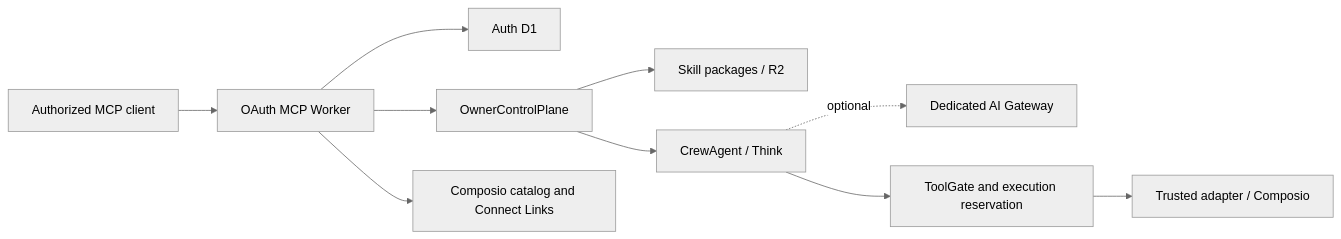
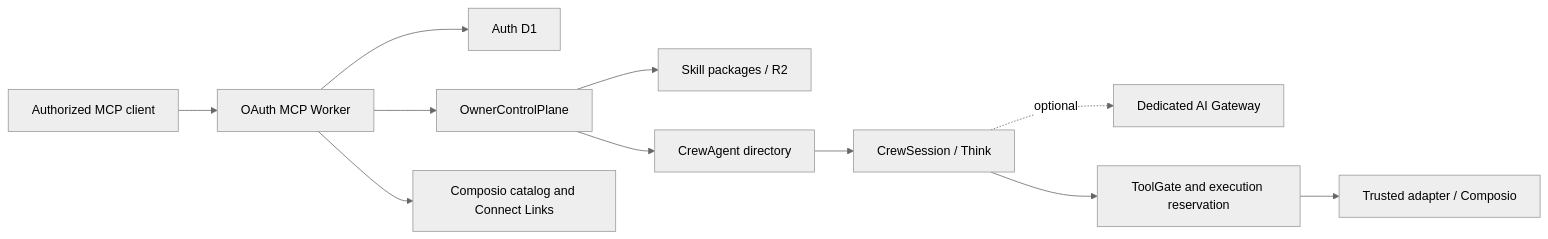
The diagram in docs/architecture/system.md (fkrein1/crewhelm), drawn with Mermaid (neutral theme) before and after one commit. The commit also changed other lines of this file and 34 other files, not shown here.

````diff
--- a/docs/architecture/system.md
+++ b/docs/architecture/system.md
@@ -11,12 +11,13 @@
 ```mermaid
 flowchart LR
     MCP["Authorized MCP client"] --> Worker["OAuth MCP Worker"]
     Worker --> Auth["Auth D1"]
     Worker --> Owner["OwnerControlPlane"]
     Owner --> Skills["Skill packages / R2"]
-    Owner --> Agent["CrewAgent / Think"]
-    Agent -. optional .-> Gateway["Dedicated AI Gateway"]
+    Owner --> Agent["CrewAgent directory"]
+    Agent --> Session["CrewSession / Think"]
+    Session -. optional .-> Gateway["Dedicated AI Gateway"]
     Worker --> Catalog["Composio catalog and Connect Links"]
-    Agent --> Gate["ToolGate and execution reservation"]
+    Session --> Gate["ToolGate and execution reservation"]
     Gate --> Composio["Trusted adapter / Composio"]
 ```
````
